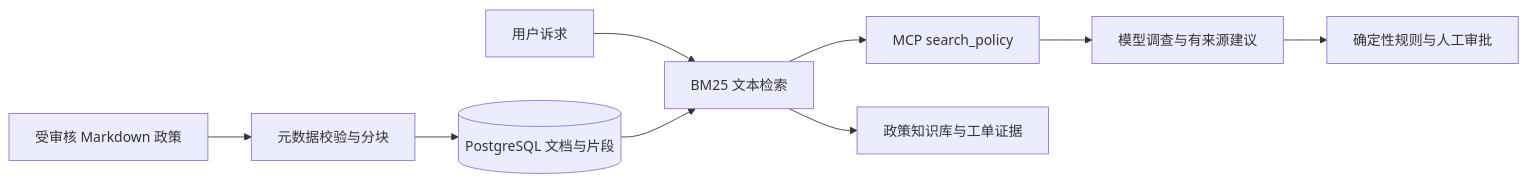
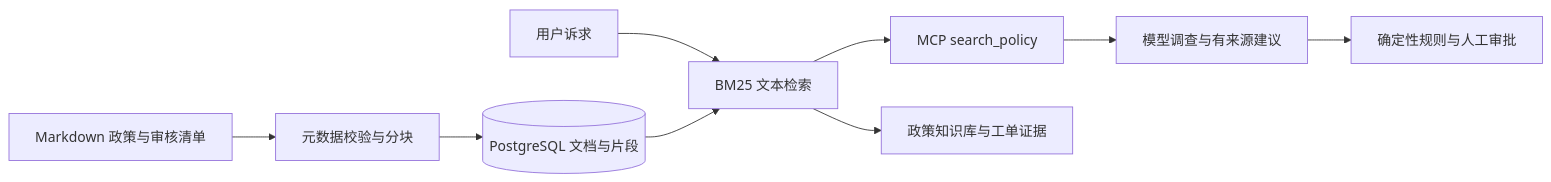
One commit to qq789qq978-cpu/ResolveFlow changed the diagram in RAG.md. Above: the diagram before and after it, drawn with Mermaid. The commit also changed other lines of this file and 36 other files, not shown here.

````diff
--- a/RAG.md
+++ b/RAG.md
@@ -7,11 +7,11 @@
 ```mermaid
 flowchart LR
-  Docs[受审核 Markdown 政策] --> Import[元数据校验与分块]
+  Docs[Markdown 政策与审核清单] --> Import[元数据校验与分块]
   Import --> PG[(PostgreSQL 文档与片段)]
   Query[用户诉求] --> Search[BM25 文本检索]
   PG --> Search
   Search --> MCP[MCP search_policy]
   MCP --> Model[模型调查与有来源建议]
   Model --> Rules[确定性规则与人工审批]
   Search --> UI[政策知识库与工单证据]
 ```
````
